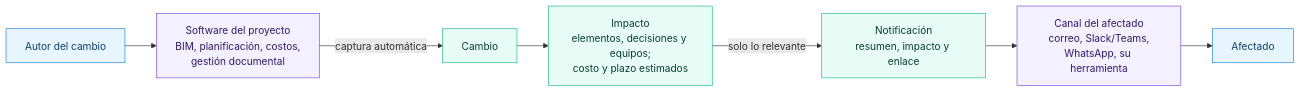
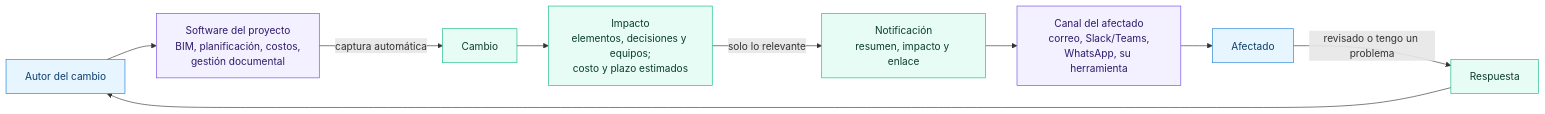
One commit to platanus-hack/platanus-hack-26-cl-team-27 changed the diagram in docs/negocio.md. Above: the diagram before and after it, drawn with Mermaid. The commit also changed other lines of this file and 2 other files, not shown here.

````diff
--- a/docs/negocio.md
+++ b/docs/negocio.md
@@ -27,16 +27,18 @@
 ```mermaid
 flowchart LR
   autor["Autor del cambio"] --> sw["Software del proyecto<br/>BIM, planificación, costos,<br/>gestión documental"]
   sw -->|captura automática| cambio["Cambio"]
   cambio --> impacto["Impacto<br/>elementos, decisiones y equipos;<br/>costo y plazo estimados"]
   impacto -->|solo lo relevante| notif["Notificación<br/>resumen, impacto y enlace"]
   notif --> canal["Canal del afectado<br/>correo, Slack/Teams,<br/>WhatsApp, su herramienta"]
   canal --> afectado["Afectado"]
+  afectado -->|revisado o tengo un problema| respuesta["Respuesta"]
+  respuesta --> autor
 
   classDef actor fill:#E7F5FF,stroke:#1C7ED6,color:#0B3D6B
   classDef domain fill:#E6FCF5,stroke:#12B886,color:#0B3D2E
   classDef external fill:#F3F0FF,stroke:#7048E8,color:#2E1A6B
   class autor,afectado actor
-  class cambio,impacto,notif domain
+  class cambio,impacto,notif,respuesta domain
   class sw,canal external
 ```
````
